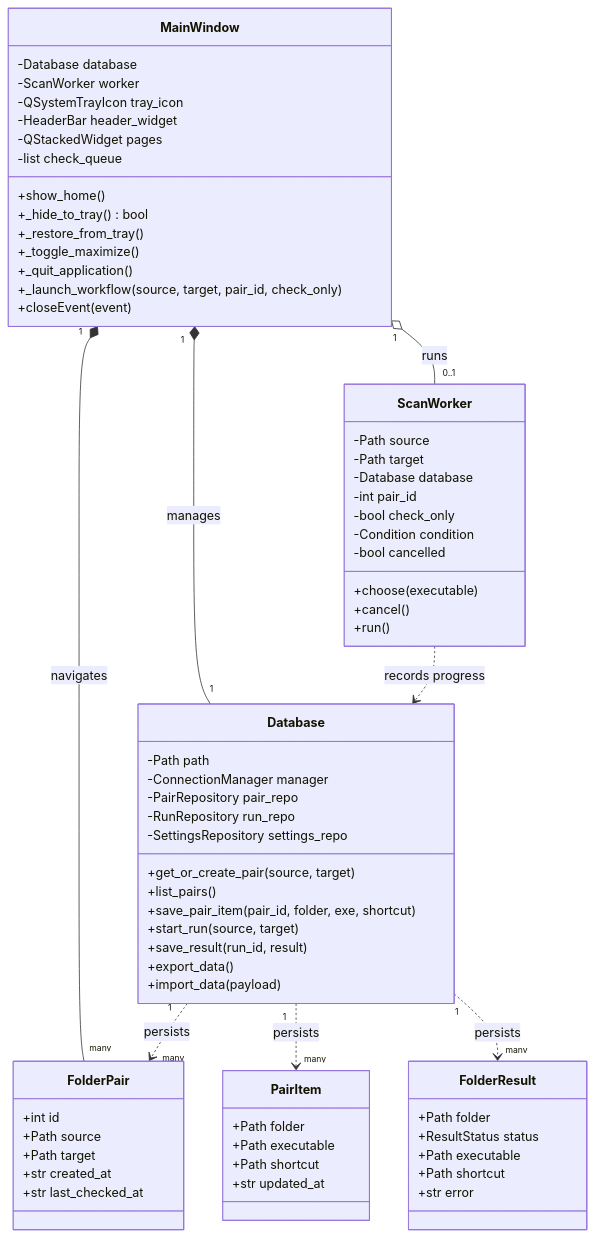
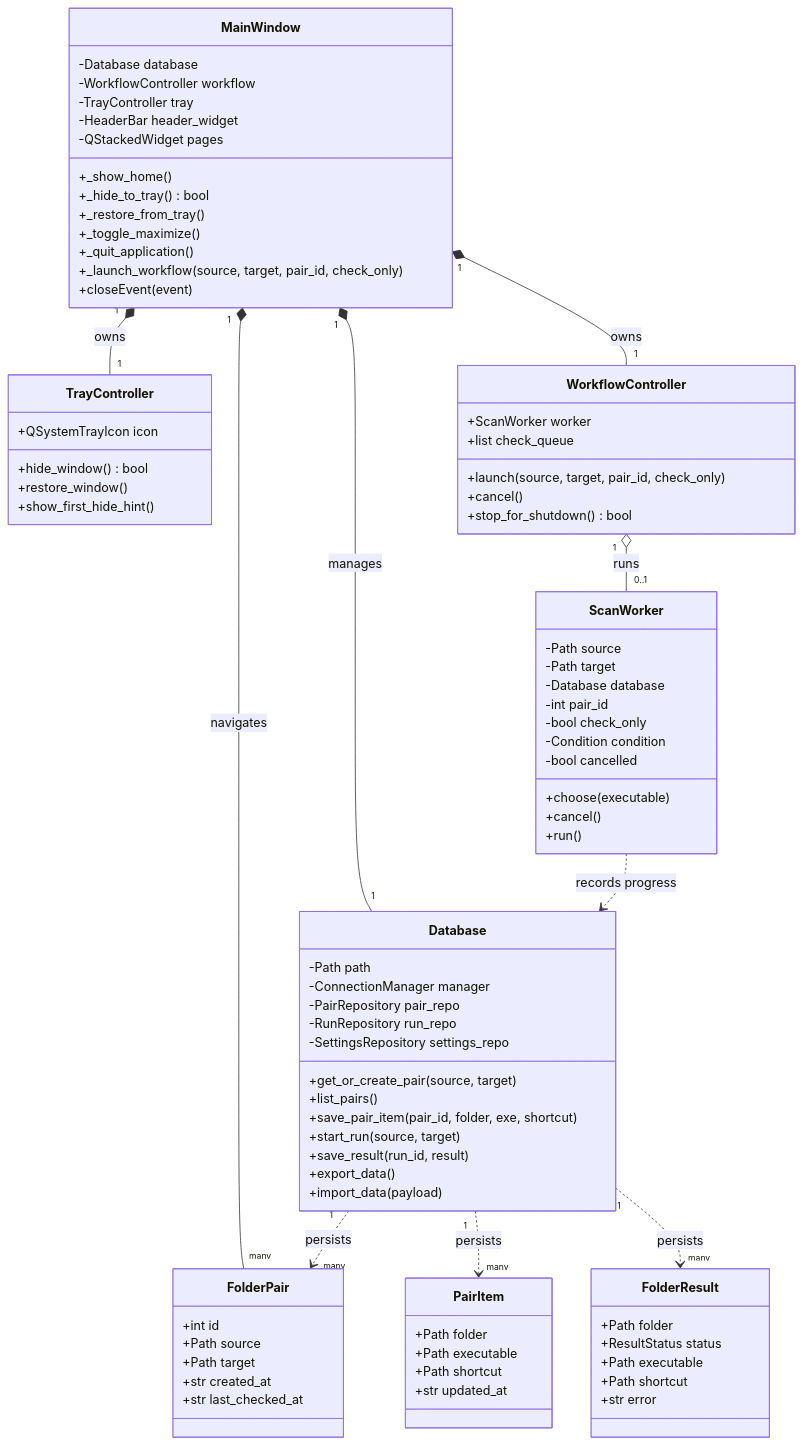
Before and after one commit to tbkmax/ShortcutStudio: the first of 4 diagrams in shortcut_studio/doc/workflow_diagram.md, drawn with Mermaid. The commit also changed other lines of this file and 13 other files, not shown here.

```diff
--- a/shortcut_studio/doc/workflow_diagram.md
+++ b/shortcut_studio/doc/workflow_diagram.md
@@ -13,18 +13,32 @@
     direction TB
     class MainWindow {
         -Database database
-        -ScanWorker worker
-        -QSystemTrayIcon tray_icon
+        -WorkflowController workflow
+        -TrayController tray
         -HeaderBar header_widget
         -QStackedWidget pages
-        -list check_queue
-        +show_home()
+        +_show_home()
         +_hide_to_tray() bool
         +_restore_from_tray()
         +_toggle_maximize()
         +_quit_application()
         +_launch_workflow(source, target, pair_id, check_only)
         +closeEvent(event)
+    }
+
+    class TrayController {
+        +QSystemTrayIcon icon
+        +hide_window() bool
+        +restore_window()
+        +show_first_hide_hint()
+    }
+
+    class WorkflowController {
+        +ScanWorker worker
+        +list check_queue
+        +launch(source, target, pair_id, check_only)
+        +cancel()
+        +stop_for_shutdown() bool
     }
 
     class ScanWorker {
@@ -79,7 +93,9 @@
     }
 
     MainWindow "1" *-- "1" Database : manages
-    MainWindow "1" o-- "0..1" ScanWorker : runs
+    MainWindow "1" *-- "1" TrayController : owns
+    MainWindow "1" *-- "1" WorkflowController : owns
+    WorkflowController "1" o-- "0..1" ScanWorker : runs
     MainWindow "1" *-- "many" FolderPair : navigates
     Database "1" ..> "many" FolderPair : persists
     Database "1" ..> "many" PairItem : persists
```
